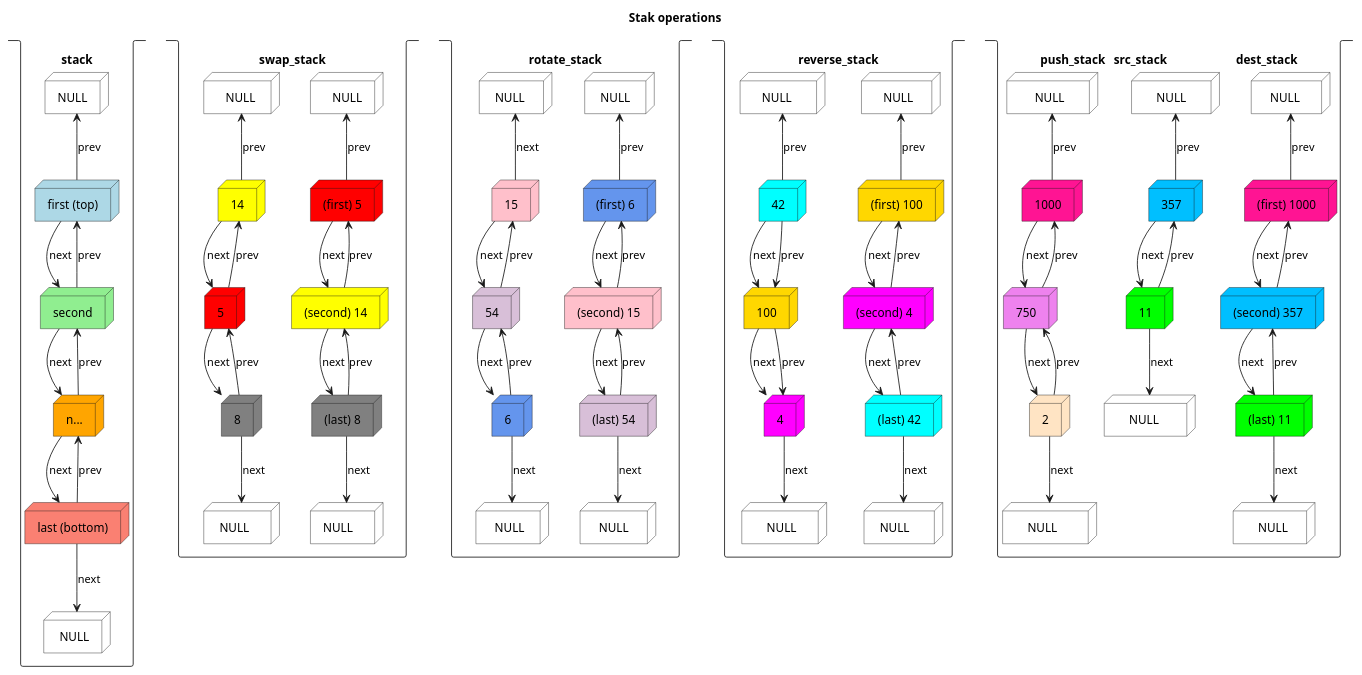
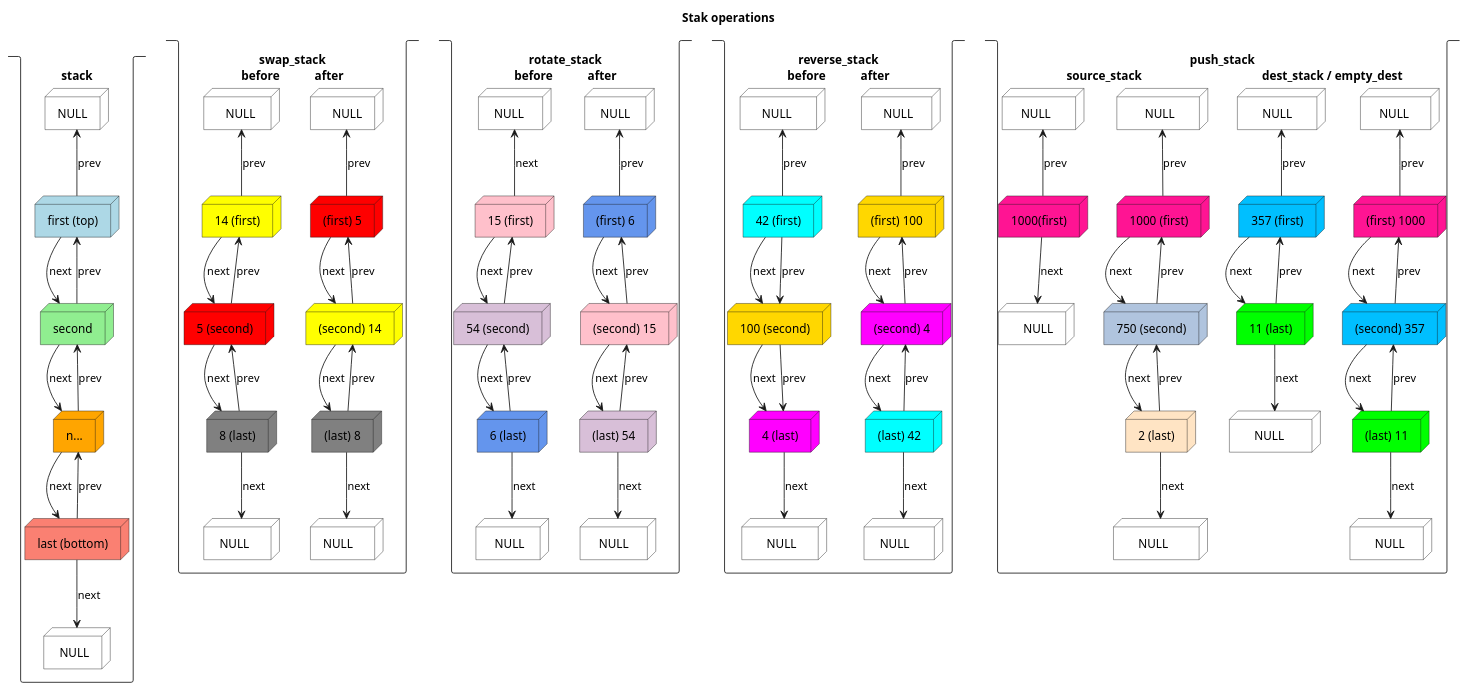
The diagram in stack_diagram.puml (martinaradkovicova-lgtm/ft_push_swap), drawn with PlantUML before and after one commit.

```diff
--- a/stack_diagram.puml
+++ b/stack_diagram.puml
@@ -1,135 +1,141 @@
 @startuml
 
 title Stak operations
 
 stack stack {
 node NULL #white
 node "first (top)" #LightBlue
 node second #LightGreen
 node n... #Orange
 node "last (bottom)" #salmon
 node " NULL" #white
 NULL <-- "first (top)" : prev
 "first (top)" --> second : next
 "first (top)" <-- second : prev
 second --> n... : next
 second <-- n... : prev
 n... --> "last (bottom)" : next
 n... <-- "last (bottom)" : prev
 "last (bottom)" --> " NULL" : next
 }
 
-stack swap_stack {
+stack "swap_stack\nbefore\t\tafter" {
 node "   NULL" #white
 node "(first) 5" #red
 node "(second) 14" #yellow
 node "(last) 8" #grey
 node "NULL   " #white
 "   NULL" <-- "(first) 5" : prev
 "(first) 5" --> "(second) 14" : next
 "(first) 5" <-- "(second) 14" : prev
 "(second) 14" --> "(last) 8" : next
 "(second) 14" <-- "(last) 8" : prev
 "(last) 8" --> "NULL   " : next
 
 node "   NULL " #white
-node 14 #yellow
-node 5 #red
-node 8 #grey
+node "14 (first)" #yellow
+node "5 (second)" #red
+node "8 (last)" #grey
 node " NULL   " #white
-"   NULL " <-- 14 : prev
-14 --> 5 : next
-5-->14 : prev 
-5 --> 8 : next
-5 <-- 8 : prev
-8 --> " NULL   " : next
+"   NULL " <-- "14 (first)" : prev
+"14 (first)" --> "5 (second)": next
+"5 (second)" --> "14 (first)" : prev 
+"5 (second)" --> "8 (last)" : next
+"5 (second)" <-- "8 (last)" : prev
+"8 (last)" --> " NULL   " : next
 }
 
-stack rotate_stack {
+stack "rotate_stack\nbefore\t\tafter" {
 node "(first) 6" #CornFlowerBlue
 node "(second) 15" #pink
 node "(last) 54" #Thistle
 node "  NULL  " #white
 node " NULL " #white
 " NULL " <-- "(first) 6" : prev
 "(first) 6" --> "(second) 15" : next
 "(first) 6" <-- "(second) 15" : prev
 "(second) 15" --> "(last) 54" : next
 "(second) 15" <-- "(last) 54" : prev
 "(last) 54" --> "  NULL  " : next
-node 15 #pink
-node 54 #Thistle
-node 6 #CornFlowerBlue
+node "15 (first)" #pink
+node "54 (second)" #Thistle
+node "6 (last)" #CornFlowerBlue
 node " NULL  " #white
 node "  NULL " #white
-" NULL  " <--15 : next
-15 --> 54 : next
-54 --> 15 : prev
-54 --> 6 : next
-6-->"  NULL " : next
-54 <-- 6 : prev
+" NULL  " <-- "15 (first)" : next
+"15 (first)" --> "54 (second)" : next
+"54 (second)" --> "15 (first)" : prev
+"54 (second)" --> "6 (last)" : next
+"6 (last)" -->"  NULL " : next
+"54 (second)" <-- "6 (last)" : prev
 }
 
-stack reverse_stack {
+stack "reverse_stack\nbefore\t\tafter" {
 node "(first) 100" #gold
 node "(second) 4" #magenta
 node "(last) 42" #Cyan
 node "   NULL  " #white
 node " NULL    " #white
 "   NULL  " <-- "(first) 100" : prev
 "(first) 100" --> "(second) 4" : next
 "(first) 100" <-- "(second) 4" : prev
 "(second) 4" --> "(last) 42" : next
 "(second) 4" <-- "(last) 42" : prev
 "(last) 42" --> " NULL    " : next
 node "   NULL    " #white
-node 4 #magenta
-node 100 #gold
-node 42 #cyan
+node "4 (last)" #magenta
+node "100 (second)" #gold
+node "42 (first)" #cyan
 node "    NULL   " #white
 
-"   NULL    " <-- 42 : prev
-42 --> 100 : next
-42 --> 100 : prev
-100 --> 4 : next
-4 <-- 100 : prev
-4 -->"    NULL   " : next
+"   NULL    " <-- "42 (first)" : prev
+"42 (first)" --> "100 (second)" : next
+"42 (first)" --> "100 (second)" : prev
+"100 (second)" --> "4 (last)" : next
+"4 (last)" <-- "100 (second)" : prev
+"4 (last)" -->"    NULL   " : next
 
 }
 
-stack "push_stack\tsrc_stack\t\t\tdest_stack" {
+stack "push_stack\n\tsource_stack\t\t\t\t\tdest_stack / empty_dest" {
 node "  NULL   " #white
 node "(first) 1000" #DeepPink
 node "(second) 357" #DeepSkyBlue
 node "(last) 11" #Lime
 node "    NULL  " #white
 
 "  NULL   " <-- "(first) 1000" :prev
 "(first) 1000" --> "(second) 357":next
 "(first) 1000" <-- "(second) 357":prev
 "(second) 357" --> "(last) 11" :next
 "(second) 357" <-- "(last) 11" :prev
 "(last) 11" --> "    NULL  " :next
 
 node "    NULL    " #white
-node 357 #DeepSkyBlue
-node 11 #Lime
+node "357 (first)" #DeepSkyBlue
+node "11 (last)" #Lime
 node "    NULL     " #white
-"    NULL    " <-- 357 :prev
-357 --> 11 : next
-11 --> 357 : prev
-11 --> "    NULL     " : next
+"    NULL    " <-- "357 (first)" :prev
+"357 (first)" --> "11 (last)" : next
+"11 (last)" --> "357 (first)" : prev
+"11 (last)" --> "    NULL     " : next
 
 node "     NULL    " #white
-node 1000 #DeepPink
-node 750 #Violet
-node 2 #Bisque
+node "1000 (first)" #DeepPink
+node "750 (second)" #LightSteelBlue
+node "2 (last)" #Bisque
 node "    NULL      " #white
-"     NULL    " <-- 1000 :prev
-1000 --> 750 : next
-750 --> 1000 : prev
-750 --> 2 : next
-2 --> 750 : prev
-2 --> "    NULL      " : next
+"     NULL    " <-- "1000 (first)" :prev
+"1000 (first)" --> "750 (second)" : next
+"750 (second)" --> "1000 (first)" : prev
+"750 (second)" --> "2 (last)" : next
+"2 (last)" --> "750 (second)" : prev
+"2 (last)" --> "    NULL      " : next
+
+node "  NULL    " #white
+node "1000(first)" #DeepPink
+node "    NULL" #white
+"  NULL    " <-- "1000(first)" :prev
+"1000(first)" --> "    NULL" : next
 }
 @enduml
```
